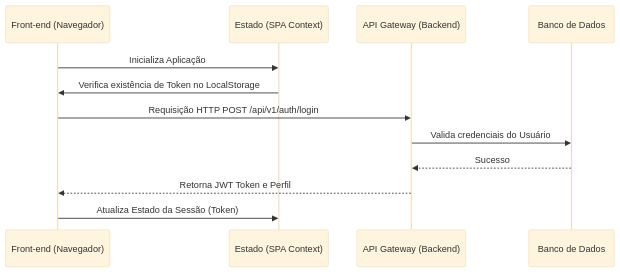
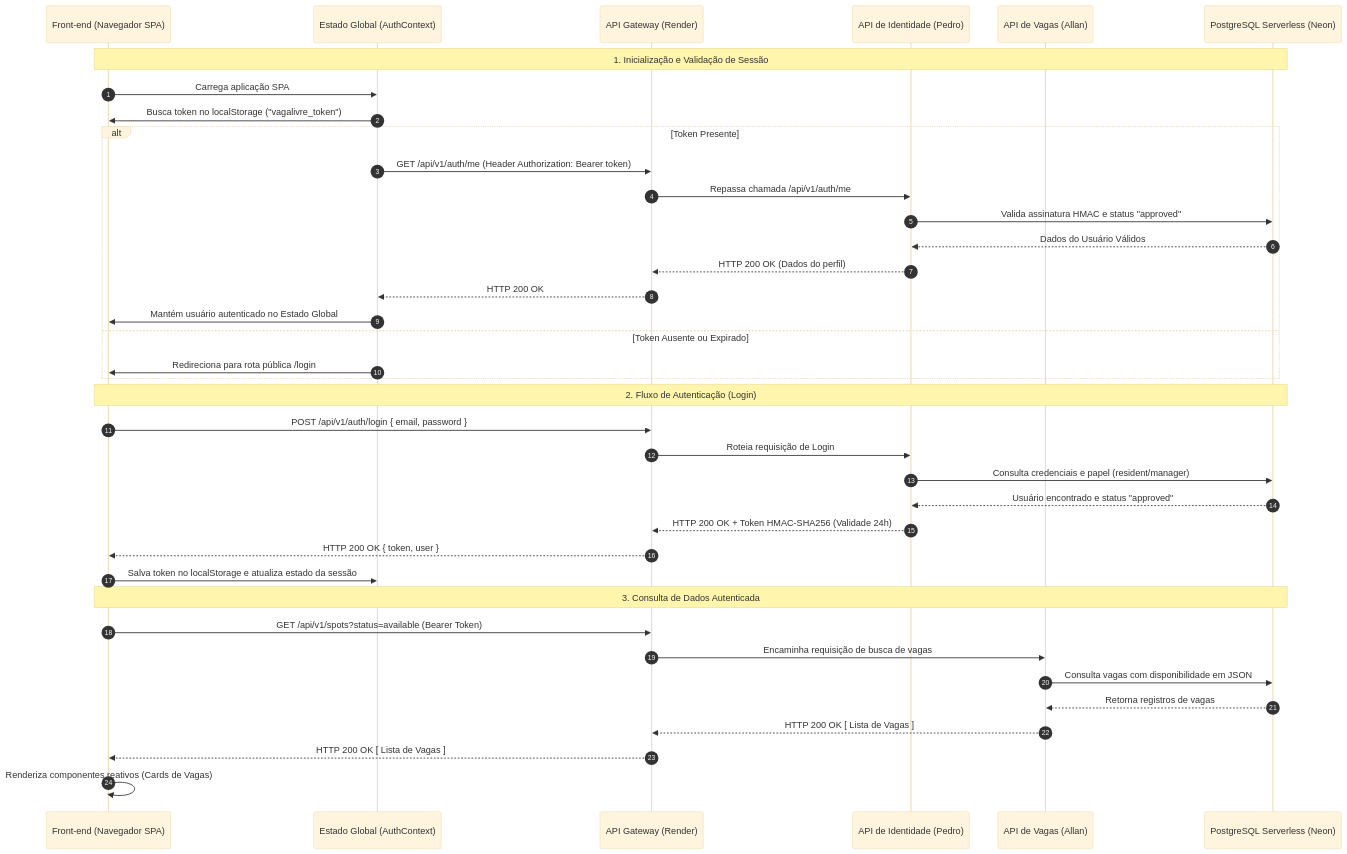
One commit to dezim005/6sem changed the diagram in docs/frontend-web.md. Above: the diagram before and after it, drawn with Mermaid (base theme). The commit also changed other lines of this file, not shown here.

First line of the commit message:
Enhance frontend-web documentation on API integration

````diff
--- a/docs/frontend-web.md
+++ b/docs/frontend-web.md
@@ -84,15 +92,43 @@
 ```mermaid
 sequenceDiagram
-    participant Browser as Front-end (Navegador)
-    participant AuthContext as Estado (SPA Context)
-    participant Backend as API Gateway (Backend)
-    participant DB as Banco de Dados
-    
-    Browser->>AuthContext: Inicializa Aplicação
-    AuthContext->>Browser: Verifica existência de Token no LocalStorage
-    Browser->>Backend: Requisição HTTP POST /api/v1/auth/login
-    Backend->>DB: Valida credenciais do Usuário
-    DB-->>Backend: Sucesso
-    Backend-->>Browser: Retorna JWT Token e Perfil
-    Browser->>AuthContext: Atualiza Estado da Sessão (Token)
+    autonumber
+    participant Browser as Front-end (Navegador SPA)
+    participant AuthContext as Estado Global (AuthContext)
+    participant GW as API Gateway (Render)
+    participant IdentityAPI as API de Identidade (Pedro)
+    participant SpotsAPI as API de Vagas (Allan)
+    participant DB as PostgreSQL Serverless (Neon)
+
+    Note over Browser, DB: 1. Inicialização e Validação de Sessão
+    Browser->>AuthContext: Carrega aplicação SPA
+    AuthContext->>Browser: Busca token no localStorage ("vagalivre_token")
+    alt Token Presente
+        AuthContext->>GW: GET /api/v1/auth/me (Header Authorization: Bearer token)
+        GW->>IdentityAPI: Repassa chamada /api/v1/auth/me
+        IdentityAPI->>DB: Valida assinatura HMAC e status "approved"
+        DB-->>IdentityAPI: Dados do Usuário Válidos
+        IdentityAPI-->>GW: HTTP 200 OK (Dados do perfil)
+        GW-->>AuthContext: HTTP 200 OK
+        AuthContext->>Browser: Mantém usuário autenticado no Estado Global
+    else Token Ausente ou Expirado
+        AuthContext->>Browser: Redireciona para rota pública /login
+    end
+
+    Note over Browser, DB: 2. Fluxo de Autenticação (Login)
+    Browser->>GW: POST /api/v1/auth/login { email, password }
+    GW->>IdentityAPI: Roteia requisição de Login
+    IdentityAPI->>DB: Consulta credenciais e papel (resident/manager)
+    DB-->>IdentityAPI: Usuário encontrado e status "approved"
+    IdentityAPI-->>GW: HTTP 200 OK + Token HMAC-SHA256 (Validade 24h)
+    GW-->>Browser: HTTP 200 OK { token, user }
+    Browser->>AuthContext: Salva token no localStorage e atualiza estado da sessão
+
+    Note over Browser, DB: 3. Consulta de Dados Autenticada
+    Browser->>GW: GET /api/v1/spots?status=available (Bearer Token)
+    GW->>SpotsAPI: Encaminha requisição de busca de vagas
+    SpotsAPI->>DB: Consulta vagas com disponibilidade em JSON
+    DB-->>SpotsAPI: Retorna registros de vagas
+    SpotsAPI-->>GW: HTTP 200 OK [ Lista de Vagas ]
+    GW-->>Browser: HTTP 200 OK [ Lista de Vagas ]
+    Browser->>Browser: Renderiza componentes reativos (Cards de Vagas)
 ```
````
